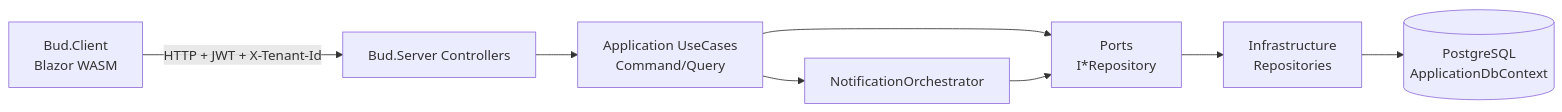
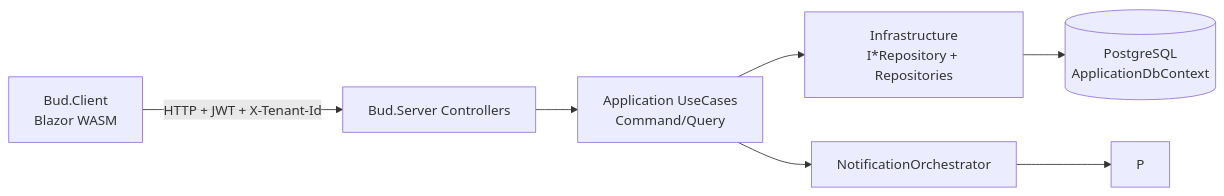
One commit to dsbraz/bud changed the first of 10 diagrams in README.md. Above: the diagram before and after it, drawn with Mermaid. The commit also changed other lines of this file and 93 other files, not shown here.

````diff
--- a/README.md
+++ b/README.md
@@ -123,10 +122,9 @@
 ```mermaid
 flowchart LR
     A[Bud.Client<br/>Blazor WASM] -->|HTTP + JWT + X-Tenant-Id| B[Bud.Server Controllers]
     B --> C[Application UseCases<br/>Command/Query]
-    C --> P[Ports<br/>I*Repository]
-    P --> R[Infrastructure<br/>Repositories]
+    C --> R[Infrastructure<br/>I*Repository + Repositories]
     R --> E[(PostgreSQL<br/>ApplicationDbContext)]
     C --> N[NotificationOrchestrator]
     N --> P
 ```
````
